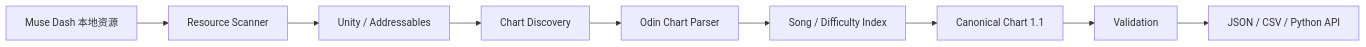
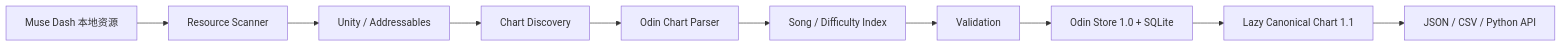
One commit to DDZmumo/MuseChartExtractor changed the diagram in README.md. Above: the diagram before and after it, drawn with Mermaid. The commit also changed other lines of this file and 29 other files, not shown here.

First line of the commit message:
feat(store): 引入可审计的紧凑 Odin 谱面仓库

````diff
--- a/README.md
+++ b/README.md
@@ -108,11 +115,12 @@
 ```mermaid
 flowchart LR
     A["Muse Dash 本地资源"] --> B["Resource Scanner"]
     B --> C["Unity / Addressables"]
     C --> D["Chart Discovery"]
     D --> E["Odin Chart Parser"]
     E --> F["Song / Difficulty Index"]
-    F --> G["Canonical Chart 1.1"]
-    G --> H["Validation"]
-    H --> I["JSON / CSV / Python API"]
+    F --> G["Validation"]
+    G --> H["Odin Store 1.0 + SQLite"]
+    H --> I["Lazy Canonical Chart 1.1"]
+    I --> J["JSON / CSV / Python API"]
 ```
````
